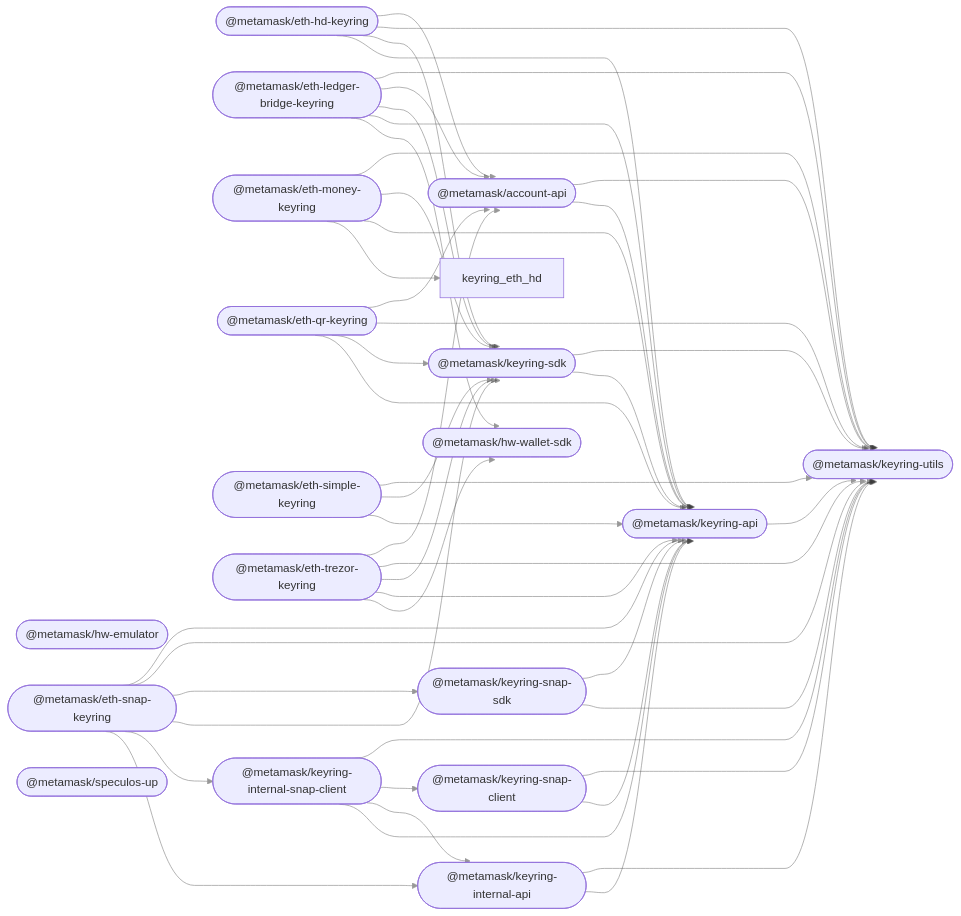
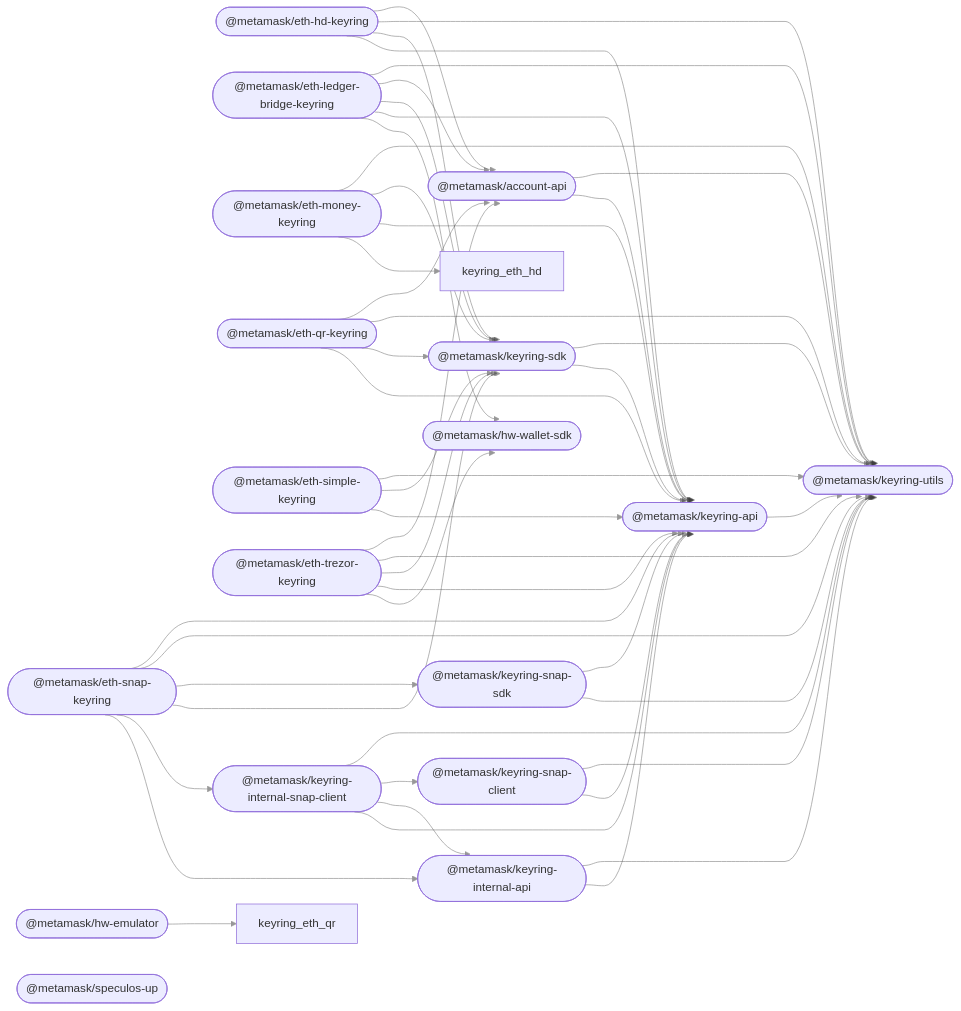
One commit to MetaMask/accounts changed the diagram in README.md. Above: the diagram before and after it, drawn with Mermaid. The commit also changed 9 other files, not shown here.

````diff
--- a/README.md
+++ b/README.md
@@ -46,69 +46,70 @@
 ```mermaid
 %%{ init: { 'flowchart': { 'curve': 'bumpX' } } }%%
 graph LR;
 linkStyle default opacity:0.5
   account_api(["@metamask/account-api"]);
   hw_emulator(["@metamask/hw-emulator"]);
   hw_wallet_sdk(["@metamask/hw-wallet-sdk"]);
   keyring_api(["@metamask/keyring-api"]);
   eth_hd_keyring(["@metamask/eth-hd-keyring"]);
   eth_ledger_bridge_keyring(["@metamask/eth-ledger-bridge-keyring"]);
   eth_money_keyring(["@metamask/eth-money-keyring"]);
   eth_qr_keyring(["@metamask/eth-qr-keyring"]);
   eth_simple_keyring(["@metamask/eth-simple-keyring"]);
   eth_trezor_keyring(["@metamask/eth-trezor-keyring"]);
   keyring_internal_api(["@metamask/keyring-internal-api"]);
   keyring_internal_snap_client(["@metamask/keyring-internal-snap-client"]);
   keyring_sdk(["@metamask/keyring-sdk"]);
   eth_snap_keyring(["@metamask/eth-snap-keyring"]);
   keyring_snap_client(["@metamask/keyring-snap-client"]);
   keyring_snap_sdk(["@metamask/keyring-snap-sdk"]);
   keyring_utils(["@metamask/keyring-utils"]);
   speculos_up(["@metamask/speculos-up"]);
   account_api --> keyring_api;
   account_api --> keyring_utils;
+  hw_emulator --> keyring_eth_qr;
   keyring_api --> keyring_utils;
   eth_hd_keyring --> keyring_api;
   eth_hd_keyring --> keyring_sdk;
   eth_hd_keyring --> keyring_utils;
   eth_hd_keyring --> account_api;
   eth_ledger_bridge_keyring --> hw_wallet_sdk;
   eth_ledger_bridge_keyring --> keyring_api;
   eth_ledger_bridge_keyring --> keyring_sdk;
   eth_ledger_bridge_keyring --> account_api;
   eth_ledger_bridge_keyring --> keyring_utils;
   eth_money_keyring --> keyring_eth_hd;
   eth_money_keyring --> keyring_api;
   eth_money_keyring --> keyring_sdk;
   eth_money_keyring --> keyring_utils;
   eth_qr_keyring --> keyring_api;
   eth_qr_keyring --> keyring_sdk;
   eth_qr_keyring --> keyring_utils;
   eth_qr_keyring --> account_api;
   eth_simple_keyring --> keyring_api;
   eth_simple_keyring --> keyring_sdk;
   eth_simple_keyring --> keyring_utils;
   eth_trezor_keyring --> hw_wallet_sdk;
   eth_trezor_keyring --> keyring_api;
   eth_trezor_keyring --> keyring_sdk;
   eth_trezor_keyring --> keyring_utils;
   eth_trezor_keyring --> account_api;
   keyring_internal_api --> keyring_api;
   keyring_internal_api --> keyring_utils;
   keyring_internal_snap_client --> keyring_api;
   keyring_internal_snap_client --> keyring_internal_api;
   keyring_internal_snap_client --> keyring_snap_client;
   keyring_internal_snap_client --> keyring_utils;
   keyring_sdk --> keyring_api;
   keyring_sdk --> keyring_utils;
   eth_snap_keyring --> keyring_internal_api;
   eth_snap_keyring --> keyring_internal_snap_client;
   eth_snap_keyring --> keyring_sdk;
   eth_snap_keyring --> keyring_snap_sdk;
   eth_snap_keyring --> keyring_utils;
   eth_snap_keyring --> keyring_api;
   keyring_snap_client --> keyring_api;
   keyring_snap_client --> keyring_utils;
   keyring_snap_sdk --> keyring_utils;
   keyring_snap_sdk --> keyring_api;
 ```
````
